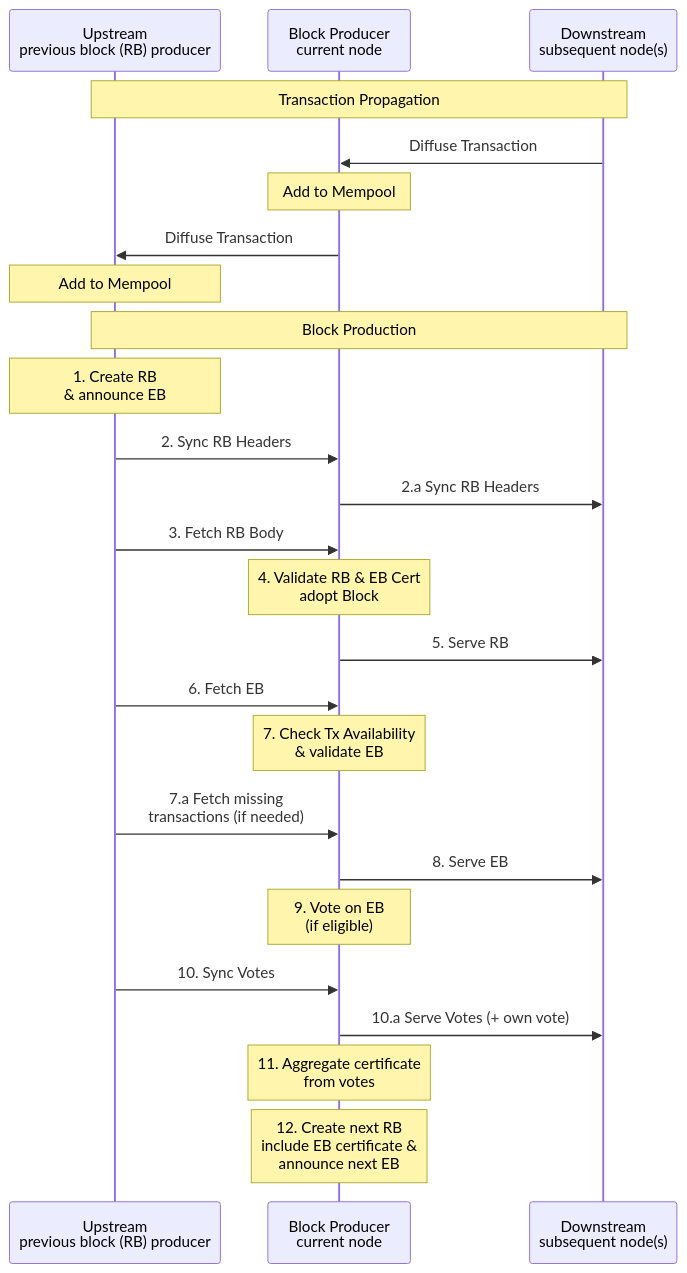
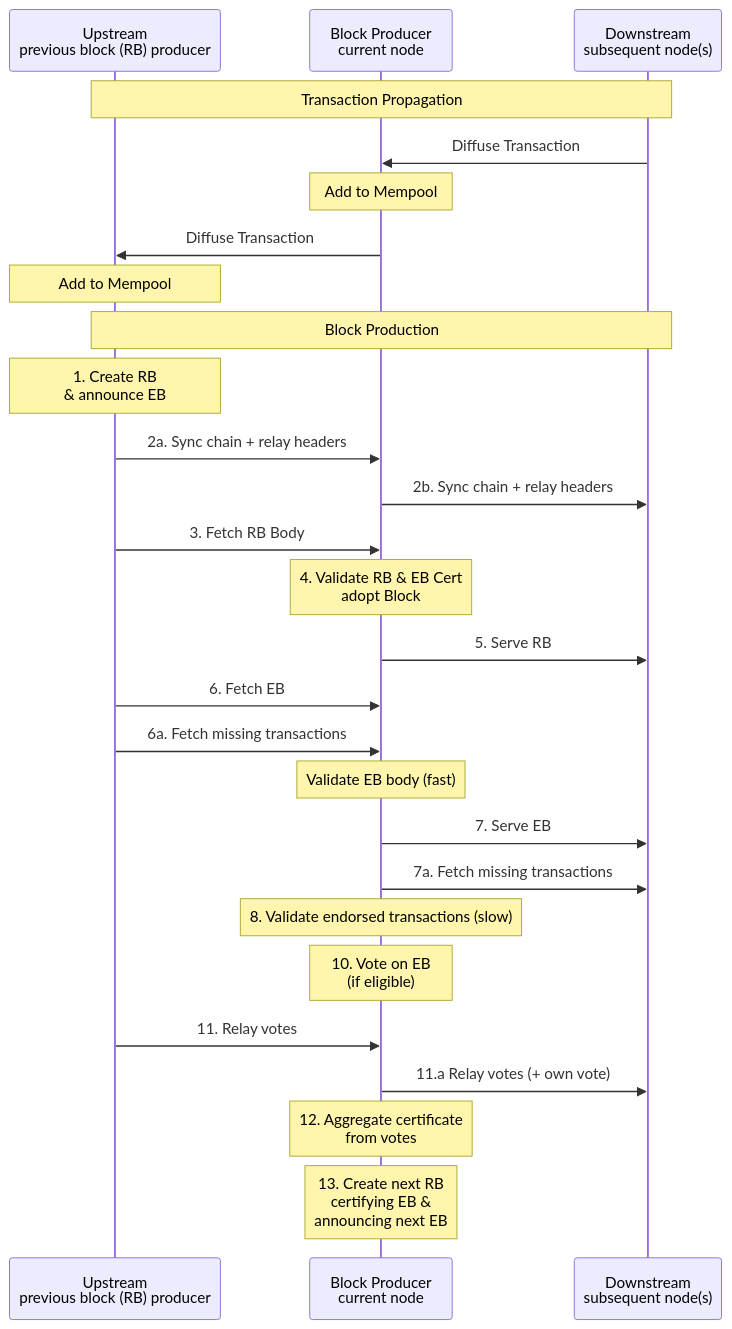
The first of 3 diagrams in docs/cip/README.md (input-output-hk/ouroboros-leios), drawn with Mermaid before and after one commit. The commit also changed other lines of this file, not shown here.

````diff
--- a/docs/cip/README.md
+++ b/docs/cip/README.md
@@ -479,35 +487,38 @@
 ```mermaid
 sequenceDiagram
     participant U as Upstream<br/>previous block (RB) producer
     participant BP as Block Producer<br/>current node  
     participant D as Downstream<br/>subsequent node(s)
 
     Note over U,D: Transaction Propagation
     D->>BP: Diffuse Transaction
     Note over BP: Add to Mempool
     BP->>U: Diffuse Transaction
     Note over U: Add to Mempool
 
     Note over U,D: Block Production
 
     Note over U: 1. Create RB<br/>& announce EB
-
-    U->>BP: 2. Sync RB Headers
-    BP->>D: 2.a Sync RB Headers  
+    
+    U->>BP: 2a. Sync chain + relay headers
+    BP->>D: 2b. Sync chain + relay headers
+    
     U->>BP: 3. Fetch RB Body
 
     Note over BP: 4. Validate RB & EB Cert<br/>adopt Block
     BP->>D: 5. Serve RB
+    
     U->>BP: 6. Fetch EB
-
-    Note over BP: 7. Check Tx Availability<br/>& validate EB
-    U->>BP: 7.a Fetch missing<br />transactions (if needed)
+    U->>BP: 6a. Fetch missing transactions
+    Note over BP: Validate EB body (fast)
+    BP->>D: 7. Serve EB
+    BP->>D: 7a. Fetch missing transactions
+    Note over BP: 8. Validate endorsed transactions (slow)
     
-    BP->>D: 8. Serve EB
-    Note over BP: 9. Vote on EB<br />(if eligible)
-    U->>BP: 10. Sync Votes
-    BP->>D: 10.a Serve Votes (+ own vote)
+    Note over BP: 10. Vote on EB<br />(if eligible)
+    U->>BP: 11. Relay votes
+    BP->>D: 11.a Relay votes (+ own vote)
     
-    Note over BP: 11. Aggregate certificate<br/>from votes  
-    Note over BP: 12. Create next RB<br />include EB certificate &<br />announce next EB
+    Note over BP: 12. Aggregate certificate<br/>from votes  
+    Note over BP: 13. Create next RB<br />certifying EB &<br />announcing next EB
 ```
````
